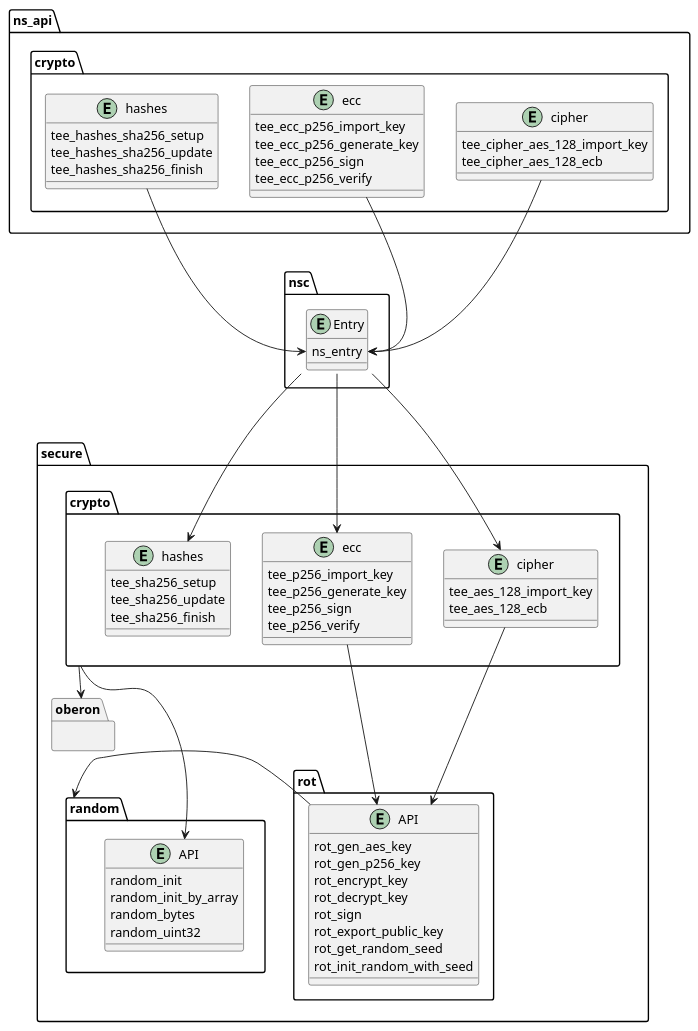
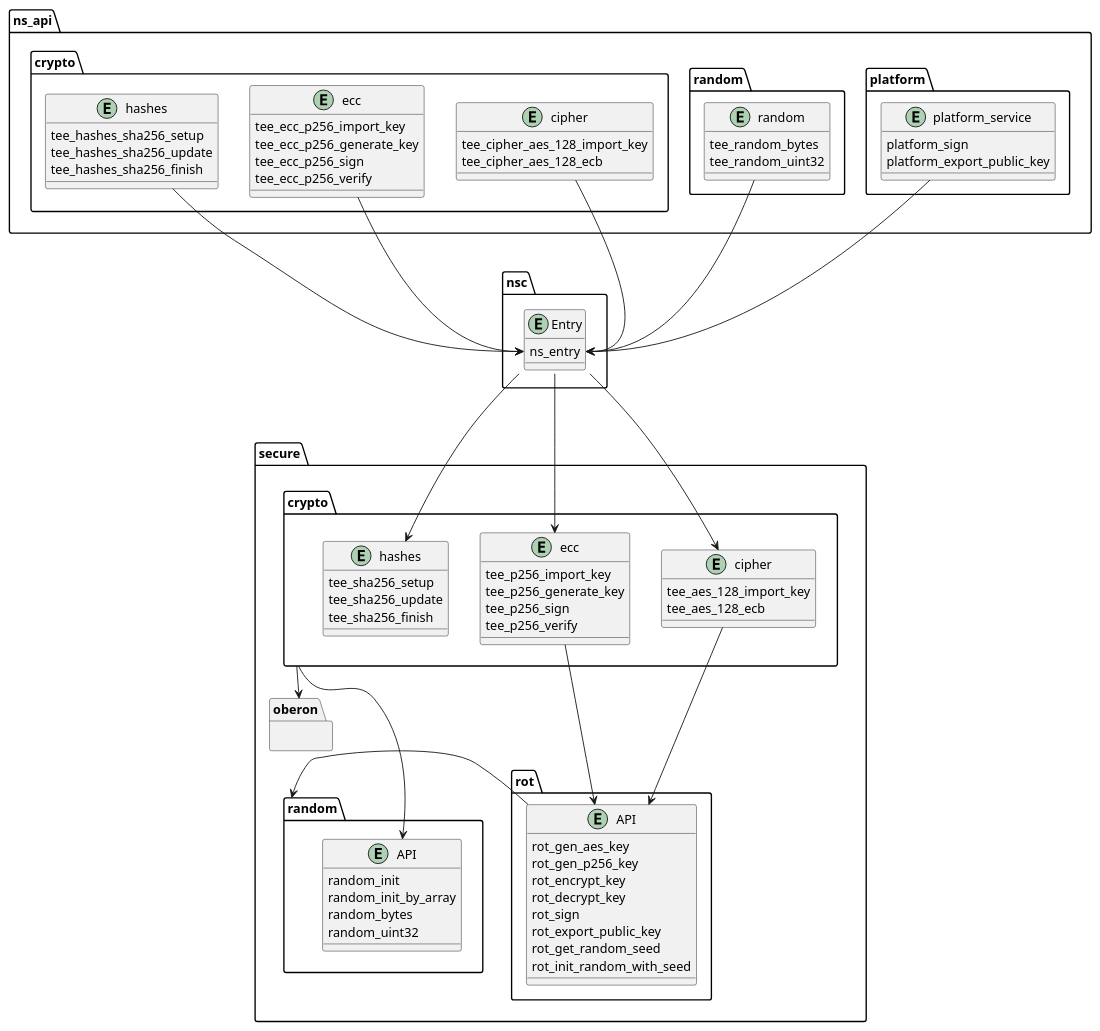
One commit to Einhornhool/riot-tee changed the diagram in design/object-diagram.puml. Above: the diagram before and after it, drawn with PlantUML. The commit also changed 3 other files, not shown here.

```diff
--- a/design/object-diagram.puml
+++ b/design/object-diagram.puml
@@ -1,86 +1,104 @@
 @startuml
 
 namespace ns_api.crypto {
     entity hashes {
         tee_hashes_sha256_setup
         tee_hashes_sha256_update
         tee_hashes_sha256_finish
     }
     entity ecc {
         tee_ecc_p256_import_key
         tee_ecc_p256_generate_key
         tee_ecc_p256_sign
         tee_ecc_p256_verify
     }
     entity cipher {
         tee_cipher_aes_128_import_key
         tee_cipher_aes_128_ecb
     }
 }
 
+namespace ns_api.random {
+    entity random {
+        tee_random_bytes
+        tee_random_uint32
+    }
+}
+
+namespace ns_api.platform {
+    entity platform_service {
+        platform_sign
+        platform_export_public_key
+    }
+}
+
 namespace nsc {
     entity Entry {
         ns_entry
     }
 }
 
 ns_api.crypto.hashes ---> Entry::ns_entry
 ns_api.crypto.ecc ---> Entry::ns_entry
 ns_api.crypto.cipher ---> Entry::ns_entry
+
+ns_api.random.random ---> Entry::ns_entry
+
+ns_api.platform.platform_service  ---> Entry::ns_entry
 
 namespace secure.crypto {
     entity hashes {
         tee_sha256_setup
         tee_sha256_update
         tee_sha256_finish
     }
     entity ecc {
         tee_p256_import_key
         tee_p256_generate_key
         tee_p256_sign
         tee_p256_verify
     }
     entity cipher {
         tee_aes_128_import_key
         tee_aes_128_ecb
     }
 }
 
 namespace secure.rot {
     entity API {
         rot_gen_aes_key
         rot_gen_p256_key
         rot_encrypt_key
         rot_decrypt_key
         rot_sign
         rot_export_public_key
         rot_get_random_seed
         rot_init_random_with_seed
     }
 }
 
 namespace secure.random {
     entity API {
         random_init
         random_init_by_array
         random_bytes
         random_uint32
     }
 }
 
 namespace secure.oberon {
 
 }
 
 Entry ---> secure.crypto.hashes
 Entry ---> secure.crypto.ecc
 Entry ---> secure.crypto.cipher
 
 secure.crypto.cipher ---> secure.rot.API
 secure.crypto.ecc ---> secure.rot.API
 secure.crypto --> secure.oberon
 secure.crypto ---> secure.random.API
 
 secure.random <- secure.rot.API
 
 @enduml
```
